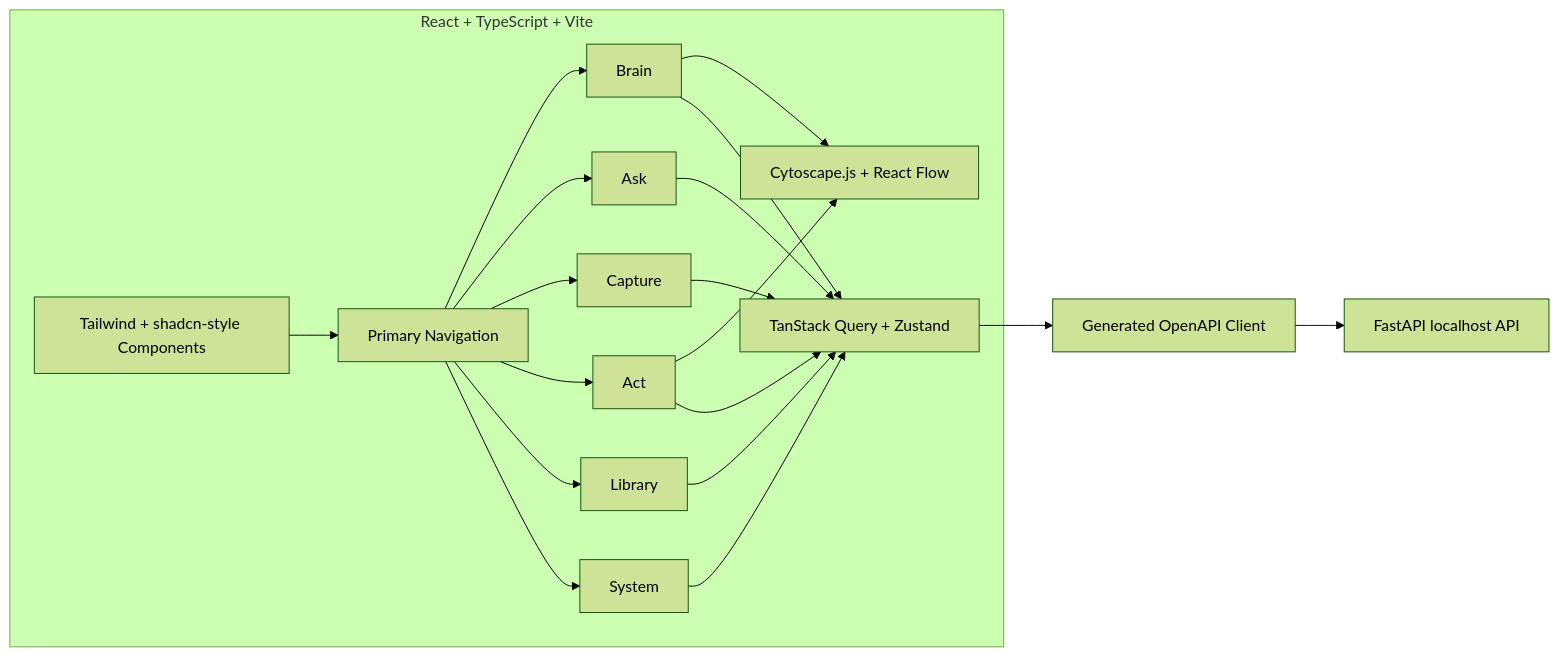
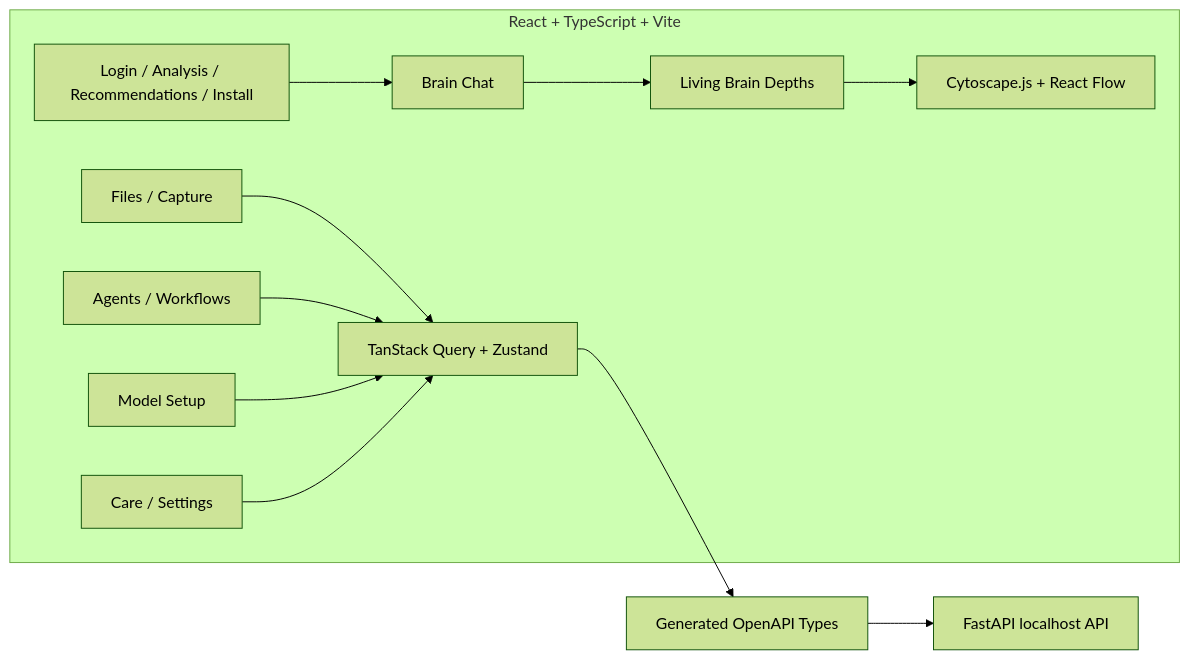
One commit to TaeSooPark-PTS/LatticeAI changed the fourth of 10 diagrams in ARCHITECTURE.md. Above: the diagram before and after it, drawn with Mermaid (forest theme). The commit also changed other lines of this file and 41 other files, not shown here.

Commit message:
release: v4.6.1 living brain refresh

````diff
--- a/ARCHITECTURE.md
+++ b/ARCHITECTURE.md
@@ -80,33 +79,24 @@
 ```mermaid
 flowchart LR
   subgraph UI["React + TypeScript + Vite"]
-    Nav["Primary Navigation"]
-    BrainPage["Brain"]
-    AskPage["Ask"]
-    CapturePage["Capture"]
-    ActPage["Act"]
-    LibraryPage["Library"]
-    SystemPage["System"]
+    ProductFlow["Login / Analysis / Recommendations / Install"]
+    Brain["Brain Chat"]
+    Depths["Living Brain Depths"]
+    Capture["Files / Capture"]
+    Automations["Agents / Workflows"]
+    Models["Model Setup"]
+    Settings["Care / Settings"]
     State["TanStack Query + Zustand"]
     Graphs["Cytoscape.js + React Flow"]
-    Components["Tailwind + shadcn-style Components"]
   end
 
-  Nav --> BrainPage
-  Nav --> AskPage
-  Nav --> CapturePage
-  Nav --> ActPage
-  Nav --> LibraryPage
-  Nav --> SystemPage
-  BrainPage --> Graphs
-  ActPage --> Graphs
-  BrainPage --> State
-  AskPage --> State
-  CapturePage --> State
-  ActPage --> State
-  LibraryPage --> State
-  SystemPage --> State
-  State --> OpenAPI["Generated OpenAPI Client"]
+  ProductFlow --> Brain
+  Brain --> Depths
+  Depths --> Graphs
+  Capture --> State
+  Automations --> State
+  Models --> State
+  Settings --> State
+  State --> OpenAPI["Generated OpenAPI Types"]
   OpenAPI --> Localhost["FastAPI localhost API"]
-  Components --> Nav
 ```
````
